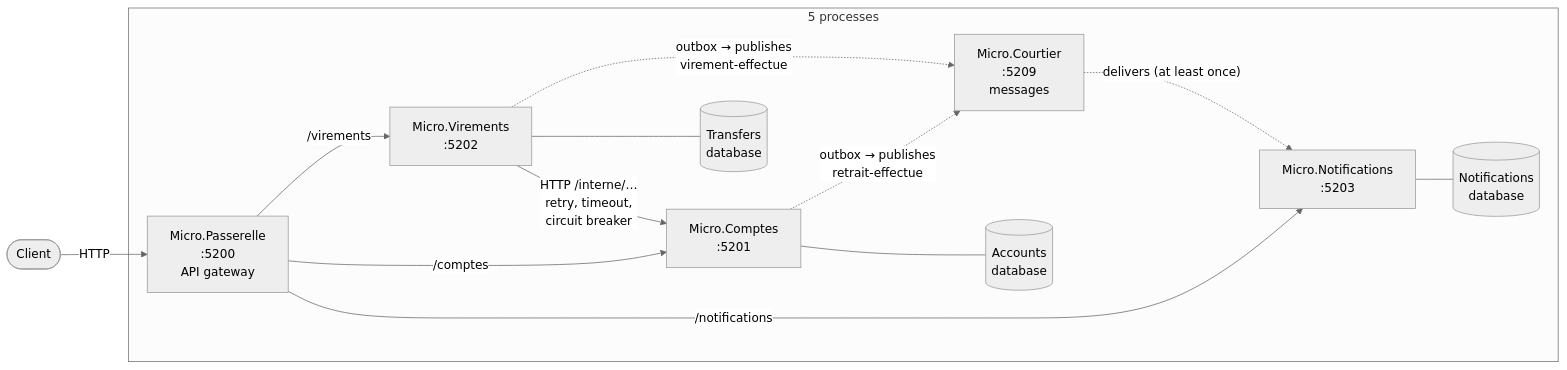
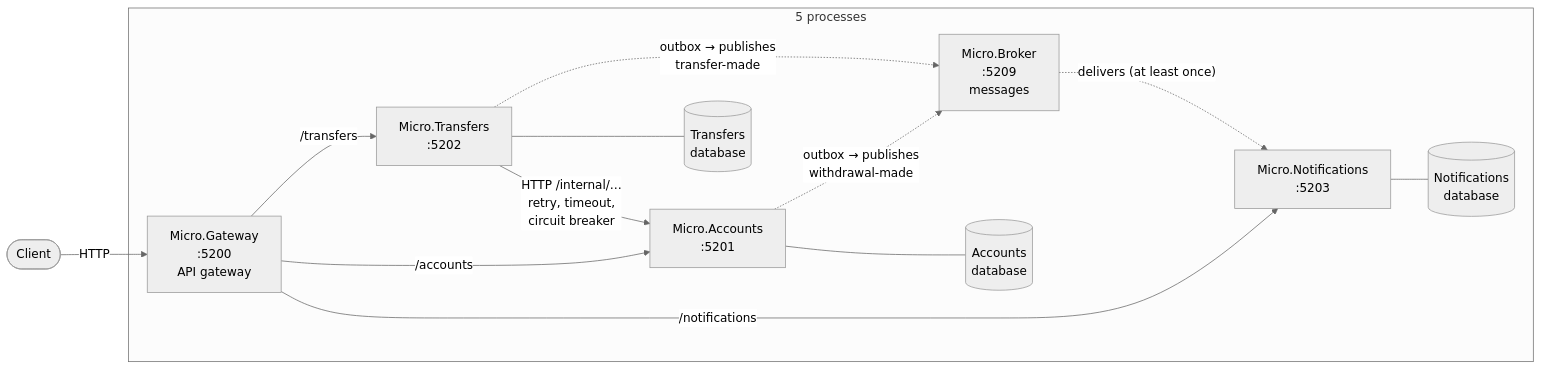
The first of 4 diagrams in Docs/en/08-microservices.md (drangoht/ArchitecturesDemo), drawn with Mermaid (neutral theme) before and after one commit. The commit also changed other lines of this file and 78 other files, not shown here.

First line of the commit message:
Docs EN : identifiants, liens, diagrammes et sorties alignés sur le code anglais

````diff
--- a/Docs/en/08-microservices.md
+++ b/Docs/en/08-microservices.md
@@ -18,25 +17,25 @@
 ```mermaid
 flowchart LR
     Client(["Client"])
     subgraph Systeme["5 processes"]
-        P["Micro.Passerelle<br/>:5200<br/>API gateway"]
-        C["Micro.Comptes<br/>:5201"]
-        V["Micro.Virements<br/>:5202"]
+        P["Micro.Gateway<br/>:5200<br/>API gateway"]
+        C["Micro.Accounts<br/>:5201"]
+        V["Micro.Transfers<br/>:5202"]
         N["Micro.Notifications<br/>:5203"]
-        K["Micro.Courtier<br/>:5209<br/>messages"]
+        K["Micro.Broker<br/>:5209<br/>messages"]
         DC[("Accounts<br/>database")]
         DV[("Transfers<br/>database")]
         DN[("Notifications<br/>database")]
     end
     Client -->|"HTTP"| P
-    P -->|"/comptes"| C
-    P -->|"/virements"| V
+    P -->|"/accounts"| C
+    P -->|"/transfers"| V
     P -->|"/notifications"| N
-    V -->|"HTTP /interne/…<br/>retry, timeout,<br/>circuit breaker"| C
-    C -. "outbox → publishes<br/>retrait-effectue" .-> K
-    V -. "outbox → publishes<br/>virement-effectue" .-> K
+    V -->|"HTTP /internal/…<br/>retry, timeout,<br/>circuit breaker"| C
+    C -. "outbox → publishes<br/>withdrawal-made" .-> K
+    V -. "outbox → publishes<br/>transfer-made" .-> K
     K -. "delivers (at least once)" .-> N
     C --- DC
     V --- DV
     N --- DN
 ```
````
